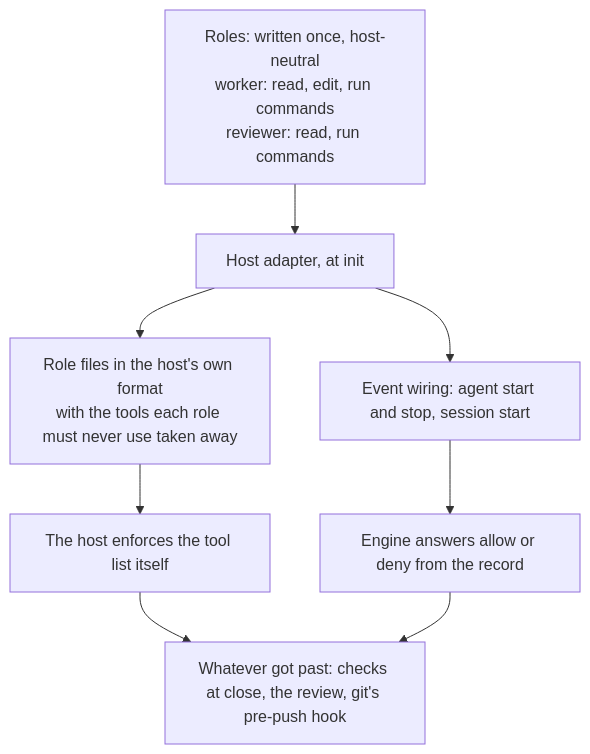
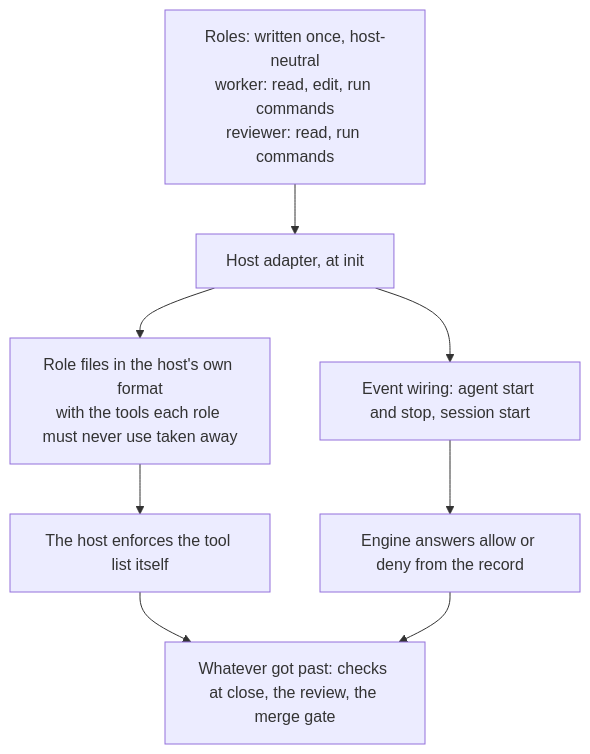
The second of 2 diagrams in docs/architecture/ROLES.md (trustmybot/tmb), drawn with Mermaid before and after one commit. The commit also changed other lines of this file and 11 other files, not shown here.

First line of the commit message:
📝 docs: review gates the merge, the push gate guards the base branch

````diff
--- a/docs/architecture/ROLES.md
+++ b/docs/architecture/ROLES.md
@@ -99,10 +99,10 @@
 ```mermaid
 flowchart TD
     A["Roles: written once, host-neutral<br/>worker: read, edit, run commands<br/>reviewer: read, run commands"] --> B["Host adapter, at init"]
     B --> C["Role files in the host's own format<br/>with the tools each role must never use taken away"]
     C --> D["The host enforces the tool list itself"]
     B --> E["Event wiring: agent start and stop, session start"]
     E --> F["Engine answers allow or deny from the record"]
-    D --> G["Whatever got past: checks at close, the review, git's pre-push hook"]
+    D --> G["Whatever got past: checks at close, the review, the merge gate"]
     F --> G
 ```
````
